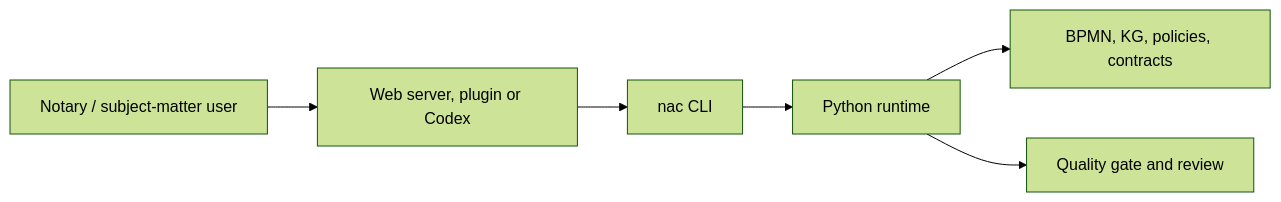
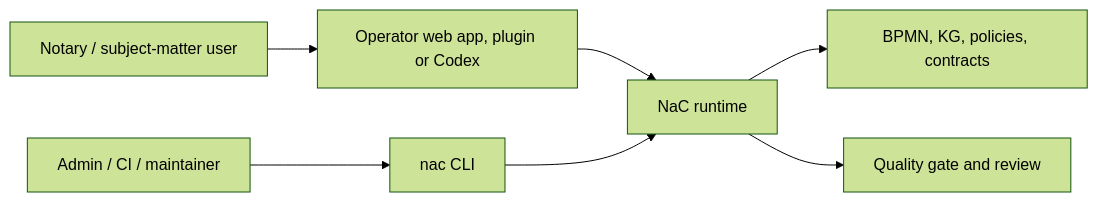
The diagram in docs/en/cli.md (notariat8/NaC), drawn with Mermaid (forest theme) before and after one commit. The commit also changed other lines of this file and 15 other files, not shown here.

````diff
--- a/docs/en/cli.md
+++ b/docs/en/cli.md
@@ -131,8 +143,9 @@
 ```mermaid
 flowchart LR
-    User["Notary / subject-matter user"] --> UI["Web server, plugin or Codex"]
-    UI --> CLI["nac CLI"]
-    CLI --> Runtime["Python runtime"]
+    User["Notary / subject-matter user"] --> UI["Operator web app, plugin or Codex"]
+    UI --> Runtime["NaC runtime"]
+    Admin["Admin / CI / maintainer"] --> CLI["nac CLI"]
+    CLI --> Runtime
     Runtime --> Files["BPMN, KG, policies, contracts"]
     Runtime --> Gate["Quality gate and review"]
 ```
````
